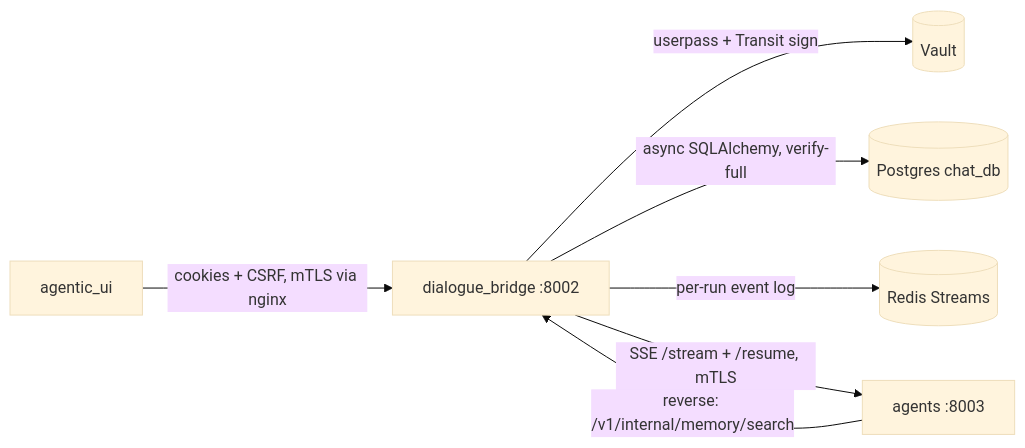
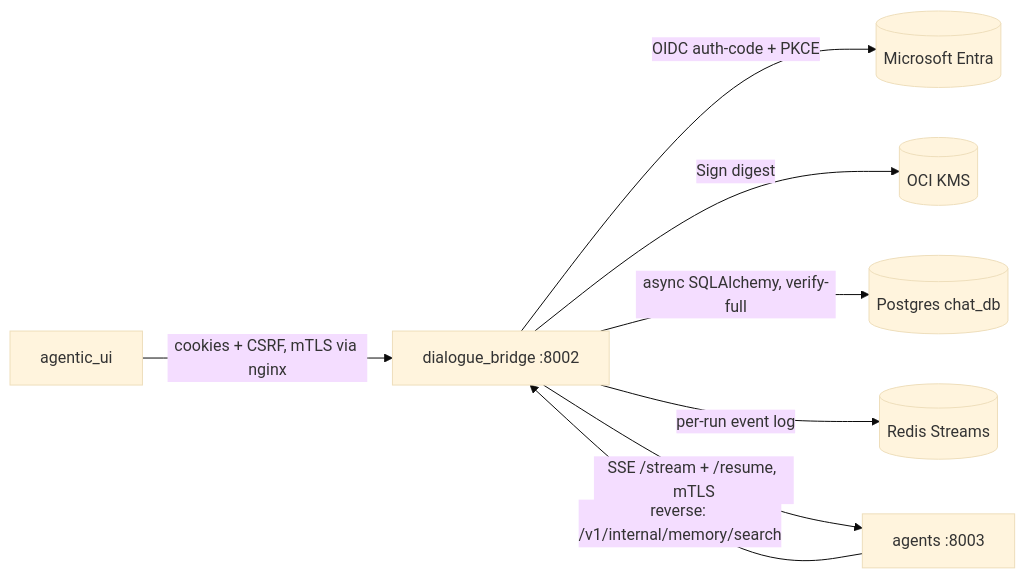
The diagram in docs/development/dialogue-bridge-reference.md (konstantinosmpouros/mAgenticX), drawn with Mermaid (base theme) before and after one commit. The commit also changed other lines of this file and 44 other files, not shown here.

Commit message:
feat(dialogue_bridge,agentic_ui): make Microsoft Entra SSO the only login and sign session tokens with an OCI KMS HSM key instead of Vault

````diff
--- a/docs/development/dialogue-bridge-reference.md
+++ b/docs/development/dialogue-bridge-reference.md
@@ -47,9 +49,10 @@
 ```mermaid
 flowchart LR
     UI[agentic_ui] -->|cookies + CSRF, mTLS via nginx| BRIDGE[dialogue_bridge :8002]
-    BRIDGE -->|userpass + Transit sign| VAULT[(Vault)]
+    BRIDGE -->|OIDC auth-code + PKCE| ENTRA[(Microsoft Entra)]
+    BRIDGE -->|Sign digest| KMS[(OCI KMS)]
     BRIDGE -->|async SQLAlchemy, verify-full| PG[(Postgres chat_db)]
     BRIDGE -->|per-run event log| REDIS[(Redis Streams)]
     BRIDGE -->|SSE /stream + /resume, mTLS| AGENTS[agents :8003]
     AGENTS -->|reverse: /v1/internal/memory/search| BRIDGE
 ```
````
